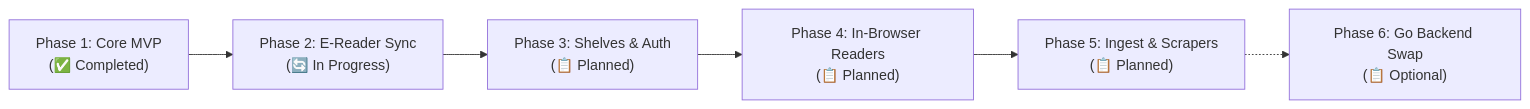
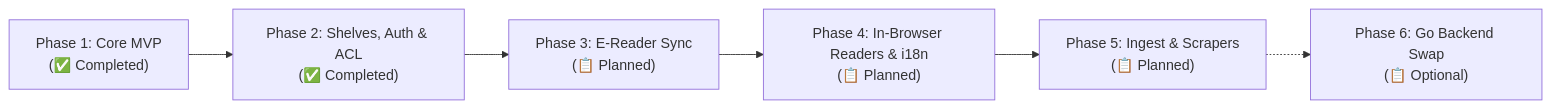
One commit to demeesterroeland/skalybr changed the first of 4 diagrams in plans/master_plan.md. Above: the diagram before and after it, drawn with Mermaid. The commit also changed other lines of this file and 10 other files, not shown here.

Commit message:
chore: align master plan with roadmap, add i18n to phase 4, and harden bootstrap flow

````diff
--- a/plans/master_plan.md
+++ b/plans/master_plan.md
@@ -90,8 +93,8 @@
 ```mermaid
 flowchart LR
-    P1["Phase 1: Core MVP<br/>(✅ Completed)"] --> P2["Phase 2: E-Reader Sync<br/>(🔄 In Progress)"]
-    P2 --> P3["Phase 3: Shelves & Auth<br/>(📋 Planned)"]
-    P3 --> P4["Phase 4: In-Browser Readers<br/>(📋 Planned)"]
+    P1["Phase 1: Core MVP<br/>(✅ Completed)"] --> P2["Phase 2: Shelves, Auth & ACL<br/>(✅ Completed)"]
+    P2 --> P3["Phase 3: E-Reader Sync<br/>(📋 Planned)"]
+    P3 --> P4["Phase 4: In-Browser Readers & i18n<br/>(📋 Planned)"]
     P4 --> P5["Phase 5: Ingest & Scrapers<br/>(📋 Planned)"]
     P5 -.-> P6["Phase 6: Go Backend Swap<br/>(📋 Optional)"]
 ```
````
